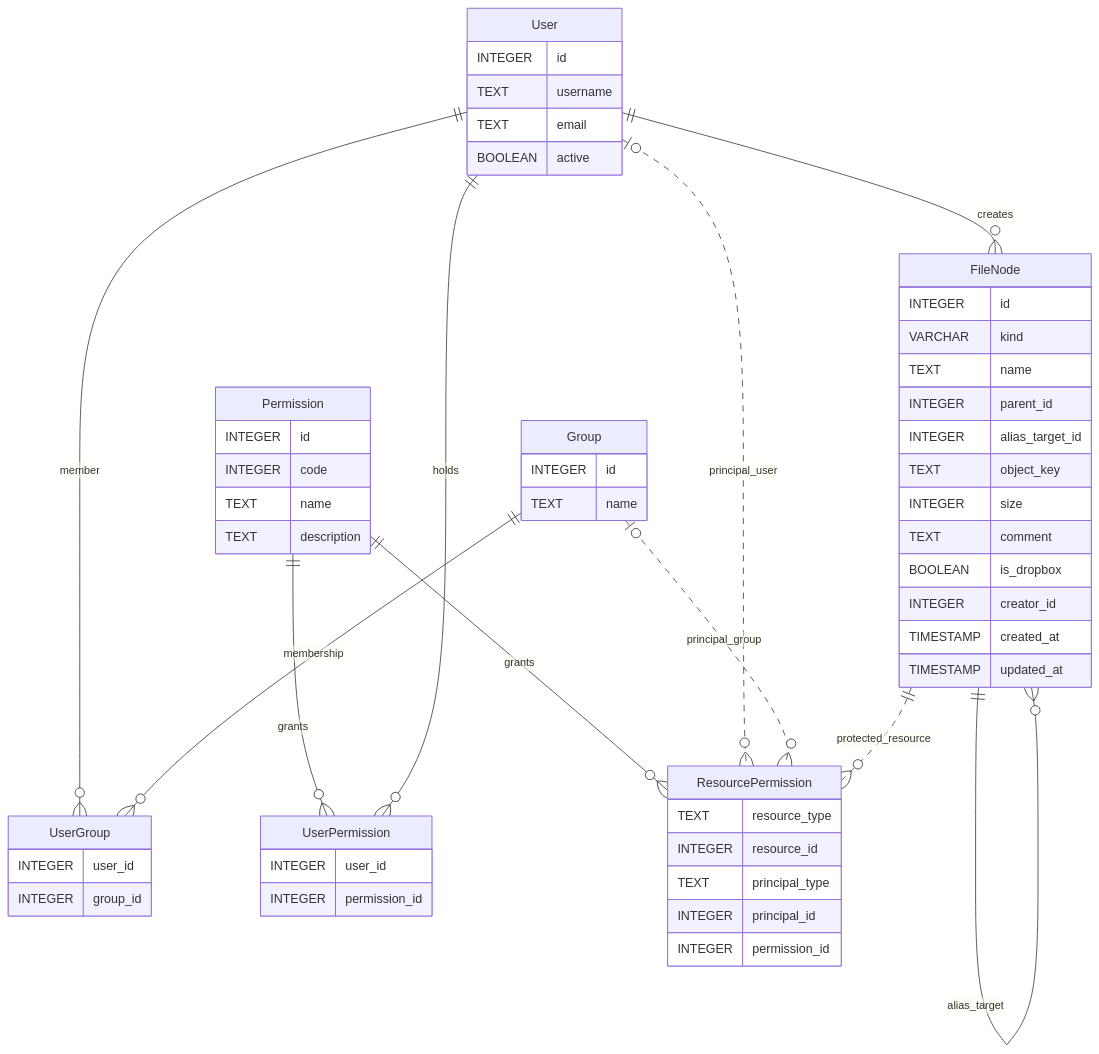
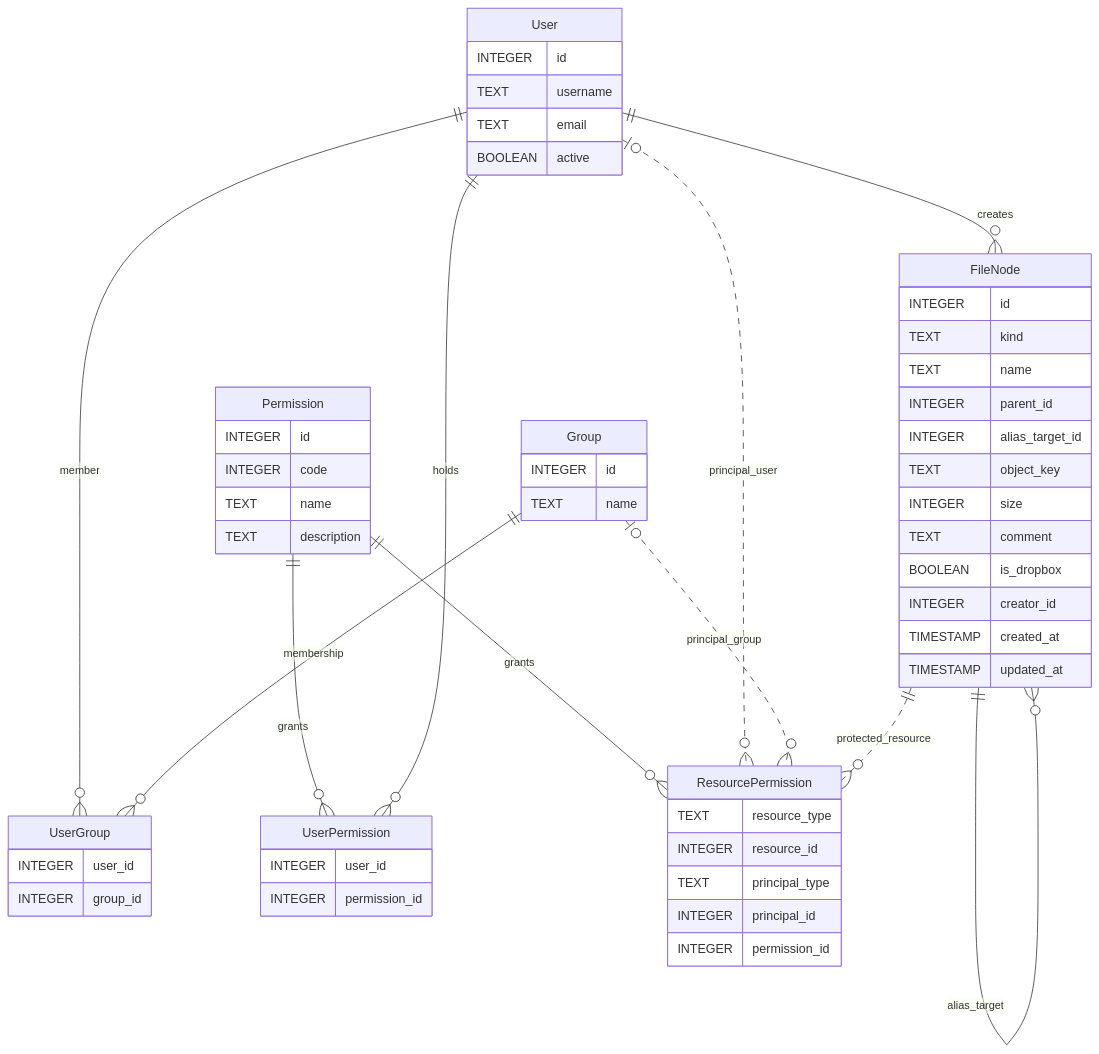
Before and after one commit to leynos/mxd: the fifth of 5 diagrams in docs/design.md, drawn with Mermaid. The commit also changed other lines of this file and 6 other files, not shown here.

First line of the commit message:
Align file-node review fixes with current schema

````diff
--- a/docs/design.md
+++ b/docs/design.md
@@ -2559,75 +2559,75 @@
 ```mermaid
 erDiagram
   FileNode {
     INTEGER id
-    VARCHAR kind
+    TEXT kind
     TEXT name
     INTEGER parent_id
     INTEGER alias_target_id
     TEXT object_key
     INTEGER size
     TEXT comment
     BOOLEAN is_dropbox
     INTEGER creator_id
     TIMESTAMP created_at
     TIMESTAMP updated_at
   }
 
   User {
     INTEGER id
     TEXT username
     TEXT email
     BOOLEAN active
   }
 
   Group {
     INTEGER id
     TEXT name
   }
 
   UserGroup {
     INTEGER user_id
     INTEGER group_id
   }
 
   Permission {
     INTEGER id
     INTEGER code
     TEXT name
     TEXT description
   }
 
   UserPermission {
     INTEGER user_id
     INTEGER permission_id
   }
 
   ResourcePermission {
     TEXT resource_type
     INTEGER resource_id
     TEXT principal_type
     INTEGER principal_id
     INTEGER permission_id
   }
 
   %% Hierarchy relations
   FileNode ||--o{ FileNode : parent
   FileNode ||--o{ FileNode : alias_target
 
   %% Creators
   User ||--o{ FileNode : creates
 
   %% Groups and membership
   User ||--o{ UserGroup : member
   Group ||--o{ UserGroup : membership
 
   %% Global privileges
   Permission ||--o{ UserPermission : grants
   User ||--o{ UserPermission : holds
 
   %% Shared resource ACL
   Permission ||--o{ ResourcePermission : grants
   User o|..o{ ResourcePermission : principal_user
   Group o|..o{ ResourcePermission : principal_group
   FileNode ||..o{ ResourcePermission : protected_resource
 ```
````
